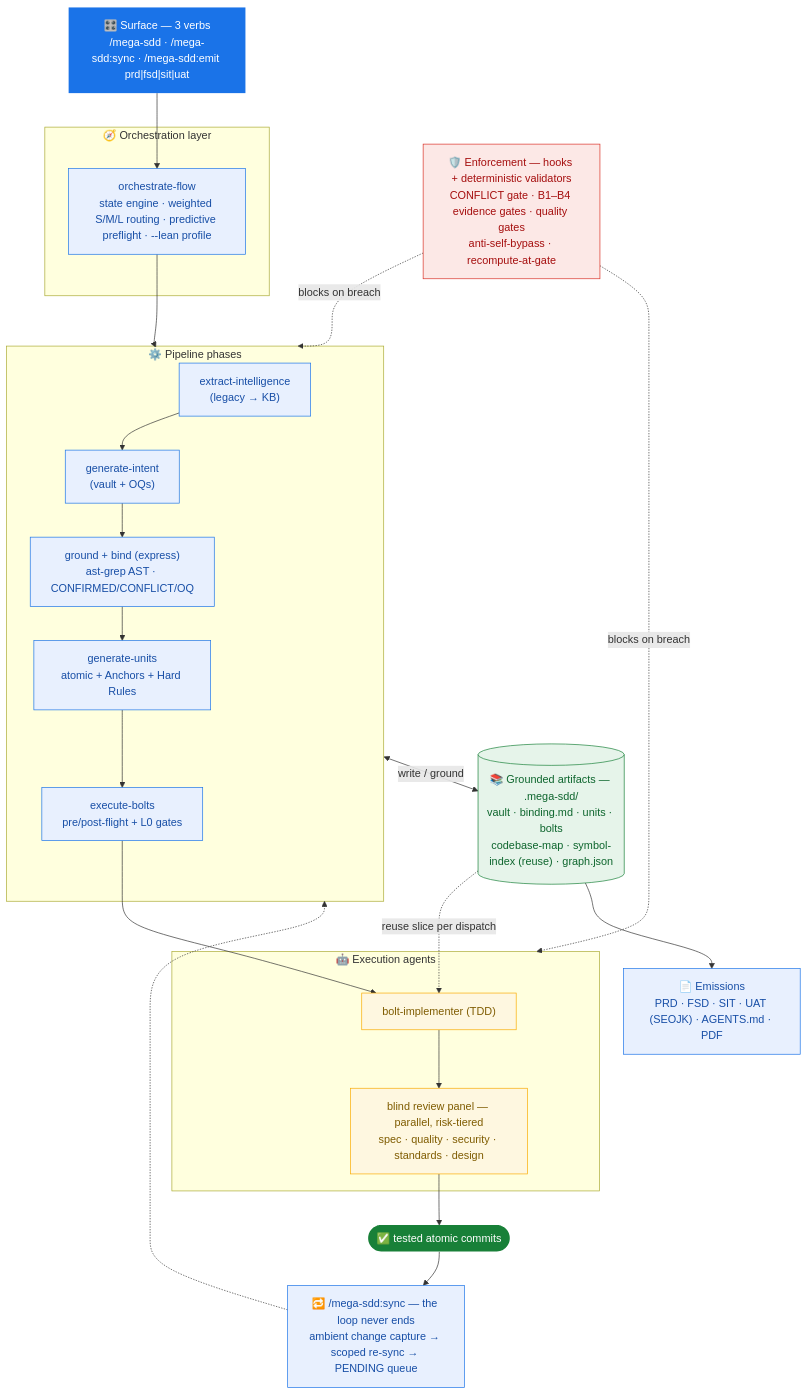
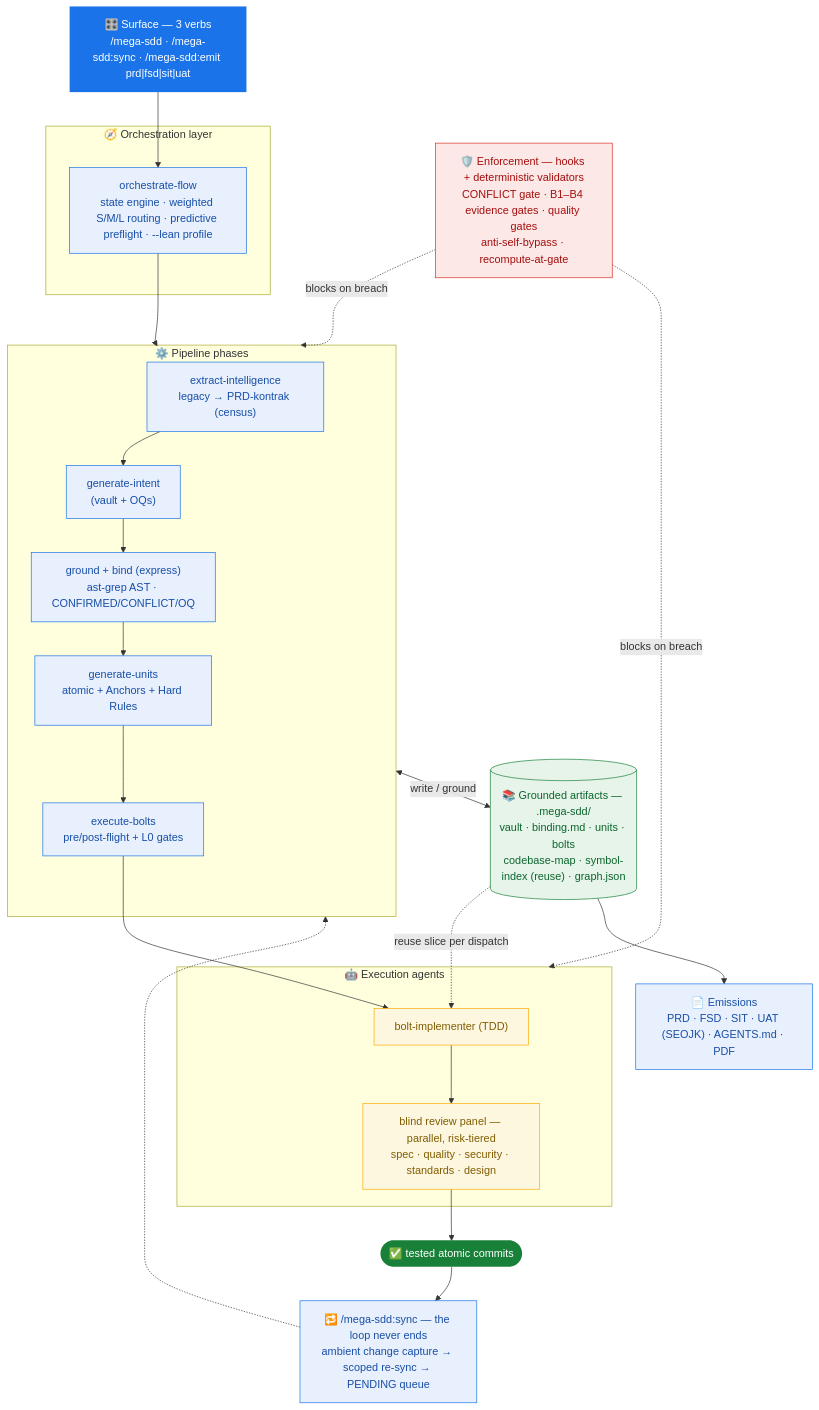
The diagram in README.md (FarhanRiuzaki/Mega-SDD), drawn with Mermaid before and after one commit. The commit also changed other lines of this file and 16 other files, not shown here.

First line of the commit message:
release(7.6.0): docs sweep to PRD-kontrak grammar + revamp trigger + version bump (spec step 5)

````diff
--- a/README.md
+++ b/README.md
@@ -182,41 +182,41 @@
 ```mermaid
 flowchart TB
     classDef surface fill:#1a73e8,color:#fff,stroke:none
     classDef phase fill:#e8f0fe,stroke:#1a73e8,color:#174ea6
     classDef agent fill:#fef7e0,stroke:#f9ab00,color:#7f5c00
     classDef art fill:#e6f4ea,stroke:#188038,color:#0d652d
     classDef moat fill:#fce8e6,stroke:#d93025,color:#a50e0e
     classDef out fill:#188038,color:#fff,stroke:none
 
     CMD["🎛️ Surface — 3 verbs<br/>/mega-sdd · /mega-sdd:sync · /mega-sdd:emit prd|fsd|sit|uat"]:::surface
 
     subgraph ORCH["🧭 Orchestration layer"]
         OF["orchestrate-flow<br/>state engine · weighted S/M/L routing · predictive preflight · --lean profile"]:::phase
     end
 
     subgraph PIPE["⚙️ Pipeline phases"]
-        EXTRACT["extract-intelligence<br/>(legacy → KB)"]:::phase --> INTENT["generate-intent<br/>(vault + OQs)"]:::phase
+        EXTRACT["extract-intelligence<br/>legacy → PRD-kontrak (census)"]:::phase --> INTENT["generate-intent<br/>(vault + OQs)"]:::phase
         INTENT --> GROUND["ground + bind (express)<br/>ast-grep AST · CONFIRMED/CONFLICT/OQ"]:::phase
         GROUND --> UNITS["generate-units<br/>atomic + Anchors + Hard Rules"]:::phase --> BOLTS["execute-bolts<br/>pre/post-flight + L0 gates"]:::phase
     end
 
     subgraph EXEC["🤖 Execution agents"]
         IMPL["bolt-implementer (TDD)"]:::agent --> PANEL["blind review panel — parallel, risk-tiered<br/>spec · quality · security · standards · design"]:::agent
     end
 
     ART[("📚 Grounded artifacts — .mega-sdd/<br/>vault · binding.md · units · bolts<br/>codebase-map · symbol-index (reuse) · graph.json")]:::art
     MOAT["🛡️ Enforcement — hooks + deterministic validators<br/>CONFLICT gate · B1–B4 evidence gates · quality gates<br/>anti-self-bypass · recompute-at-gate"]:::moat
     DOCS["📄 Emissions<br/>PRD · FSD · SIT · UAT (SEOJK) · AGENTS.md · PDF"]:::phase
     OUT(["✅ tested atomic commits"]):::out
     SYNC["🔁 /mega-sdd:sync — the loop never ends<br/>ambient change capture → scoped re-sync → PENDING queue"]:::phase
 
     CMD --> OF --> PIPE
     BOLTS --> IMPL
     PANEL --> OUT
     PIPE <-->|write / ground| ART
     ART -.reuse slice per dispatch.-> IMPL
     MOAT -.blocks on breach.-> PIPE
     MOAT -.blocks on breach.-> EXEC
     ART --> DOCS
     OUT --> SYNC -.-> PIPE
 ```
````
